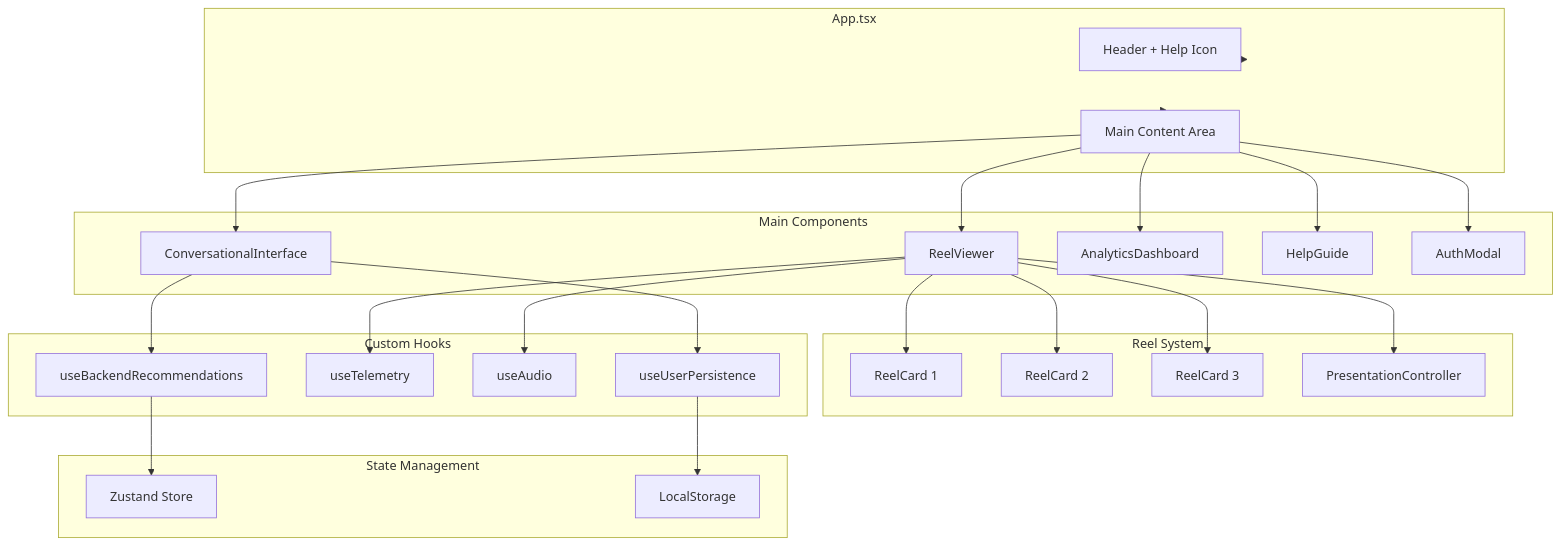
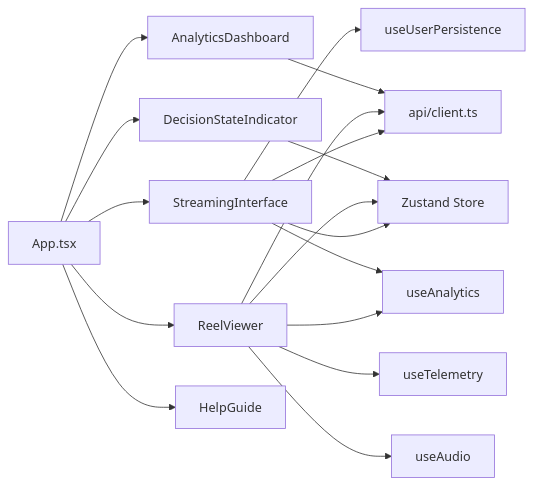
Before and after one commit to parthassamal/Sequential-narrative-AI: the second of 14 diagrams in README.md, drawn with Mermaid. The commit also changed other lines of this file, not shown here.

````diff
--- a/README.md
+++ b/README.md
@@ -138,55 +118,22 @@
 ```mermaid
-flowchart TB
-    subgraph App["App.tsx"]
-        Header[Header + Help Icon]
-        Main[Main Content Area]
-    end
+flowchart LR
+    APP[App.tsx] --> SI[StreamingInterface]
+    APP --> RV[ReelViewer]
+    APP --> DSI[DecisionStateIndicator]
+    APP --> AD[AnalyticsDashboard]
+    APP --> HG[HelpGuide]
 
-    subgraph MainContent["Main Components"]
-        CI[ConversationalInterface]
-        RV[ReelViewer]
-        AD[AnalyticsDashboard]
-        HG[HelpGuide]
-        AM[AuthModal]
-    end
+    SI --> APIC[api/client.ts]
+    RV --> APIC
+    AD --> APIC
 
-    subgraph ReelSystem["Reel System"]
-        RC1[ReelCard 1]
-        RC2[ReelCard 2]
-        RC3[ReelCard 3]
-        PC[PresentationController]
-    end
+    SI --> STORE[Zustand Store]
+    RV --> STORE
+    DSI --> STORE
 
-    subgraph Hooks["Custom Hooks"]
-        UBR[useBackendRecommendations]
-        UT[useTelemetry]
-        UA[useAudio]
-        UP[useUserPersistence]
-    end
-
-    subgraph State["State Management"]
-        ZS[Zustand Store]
-        LS[LocalStorage]
-    end
-
-    App --> Header
-    App --> Main
-    Main --> CI
-    Main --> RV
-    Main --> AD
-    Main --> HG
-    Main --> AM
-    
-    RV --> RC1
-    RV --> RC2
-    RV --> RC3
-    RV --> PC
-    
-    CI --> UBR
-    RV --> UT
-    RV --> UA
-    CI --> UP
-    
-    UBR --> ZS
-    UP --> LS
+    RV --> UT[useTelemetry]
+    RV --> UA[useAudio]
+    RV --> UAN[useAnalytics]
+    SI --> UAN
+    SI --> UP[useUserPersistence]
 ```
````
